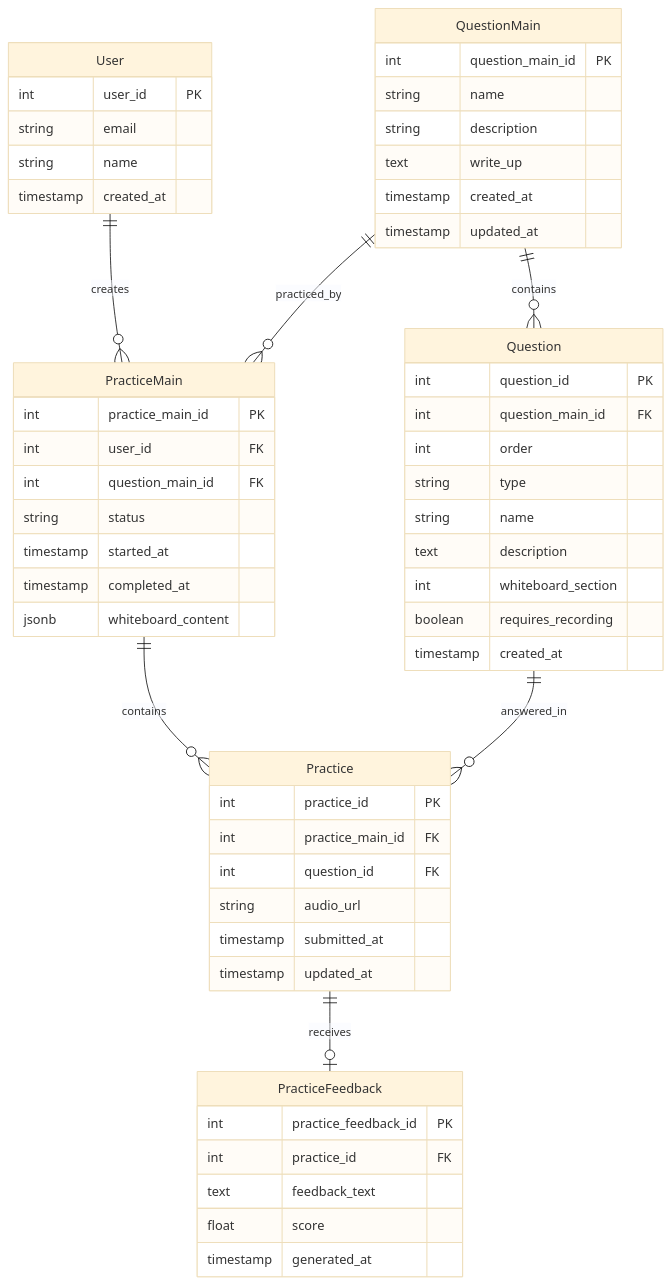
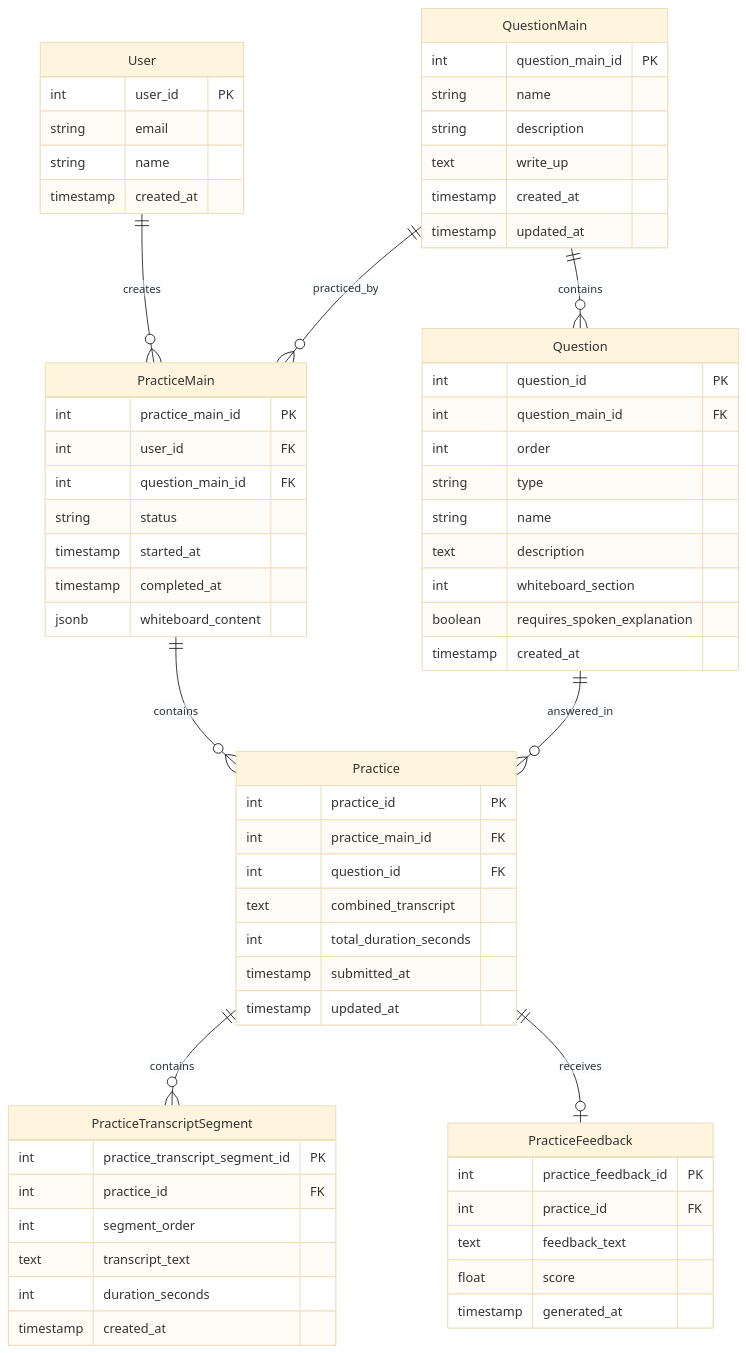
One commit to yhhsieh82/hellointerview-prds changed the diagram in 00-foundation.md. Above: the diagram before and after it, drawn with Mermaid (base theme). The commit also changed other lines of this file and 6 other files, not shown here.

Commit message:
Update PRD documentation to reflect changes in audio recording and AI feedback systems, transitioning from audio uploads to spoken explanation transcripts.

````diff
--- a/00-foundation.md
+++ b/00-foundation.md
@@ -104,64 +104,75 @@
 ```mermaid
 erDiagram
     User ||--o{ PracticeMain : creates
     QuestionMain ||--o{ Question : contains
     QuestionMain ||--o{ PracticeMain : "practiced_by"
     PracticeMain ||--o{ Practice : contains
     Question ||--o{ Practice : "answered_in"
+    Practice ||--o{ PracticeTranscriptSegment : contains
     Practice ||--o| PracticeFeedback : receives
     
     User {
         int user_id PK
         string email
         string name
         timestamp created_at
     }
     
     QuestionMain {
         int question_main_id PK
         string name
         string description
         text write_up
         timestamp created_at
         timestamp updated_at
     }
     
     Question {
         int question_id PK
         int question_main_id FK
         int order
         string type
         string name
         text description
         int whiteboard_section
-        boolean requires_recording
+        boolean requires_spoken_explanation
         timestamp created_at
     }
     
     PracticeMain {
         int practice_main_id PK
         int user_id FK
         int question_main_id FK
         string status
         timestamp started_at
         timestamp completed_at
         jsonb whiteboard_content
     }
     
     Practice {
         int practice_id PK
         int practice_main_id FK
         int question_id FK
-        string audio_url
+        text combined_transcript
+        int total_duration_seconds
         timestamp submitted_at
         timestamp updated_at
+    }
+
+    PracticeTranscriptSegment {
+        int practice_transcript_segment_id PK
+        int practice_id FK
+        int segment_order
+        text transcript_text
+        int duration_seconds
+        timestamp created_at
     }
     
     PracticeFeedback {
         int practice_feedback_id PK
         int practice_id FK
         text feedback_text
         float score
         timestamp generated_at
     }
 ```
````
